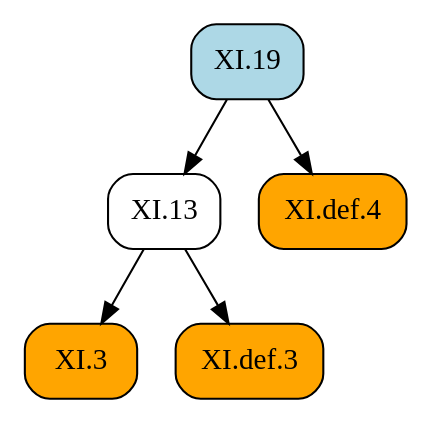
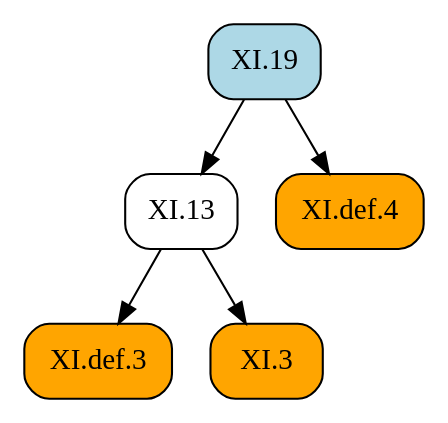
One commit to geometor/elements changed the diagram in docsrc/heath/XI/19/index.rst. Above: the diagram before and after it, drawn with Graphviz. The commit also changed other lines of this file and 1029 other files, not shown here.

```diff
--- a/docsrc/heath/XI/19/index.rst
+++ b/docsrc/heath/XI/19/index.rst
@@ -36,15 +36,15 @@
 .. graphviz::
 
    digraph {
      rankdir="TB";
      node [shape=box, style=rounded];
+     "XI.def.3" [style="rounded,filled", fillcolor=orange, URL="/heath/XI/def.3/", target="_top"];
+     "XI.19" [style="rounded,filled", fillcolor=lightblue, URL="/heath/XI/19/", target="_top"];
      "XI.13" [URL="/heath/XI/13/", target="_top"];
+     "XI.def.4" [style="rounded,filled", fillcolor=orange, URL="/heath/XI/def.4/", target="_top"];
      "XI.3" [style="rounded,filled", fillcolor=orange, URL="/heath/XI/3/", target="_top"];
-     "XI.19" [style="rounded,filled", fillcolor=lightblue, URL="/heath/XI/19/", target="_top"];
-     "XI.def.4" [style="rounded,filled", fillcolor=orange, URL="/heath/XI/def.4/", target="_top"];
-     "XI.def.3" [style="rounded,filled", fillcolor=orange, URL="/heath/XI/def.3/", target="_top"];
+     "XI.13" -> "XI.def.3";
      "XI.19" -> "XI.13";
+     "XI.19" -> "XI.def.4";
      "XI.13" -> "XI.3";
-     "XI.19" -> "XI.def.4";
-     "XI.13" -> "XI.def.3";
    }
```
